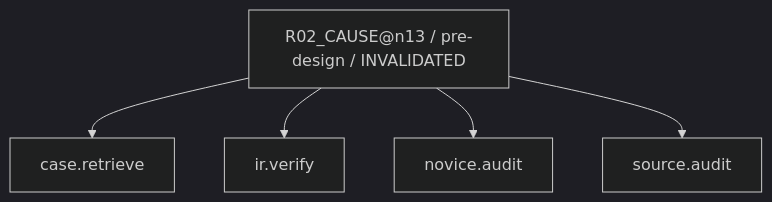
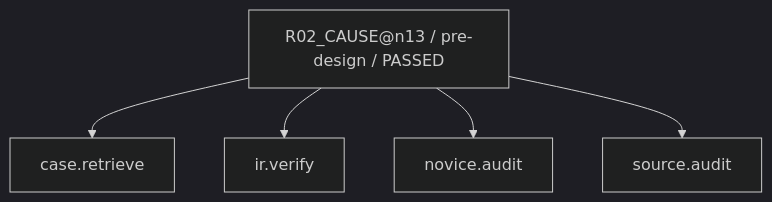
Before and after one commit to rrikunagasige-dot/kyotsu-step-web: the second of 28 diagrams in work/items/W-MATH-048-n1314-source-audit/generated/CAPABILITY_FIRE_DIAGRAM.md, drawn with Mermaid (dark theme). The commit also changed other lines of this file and 34 other files, not shown here.

````diff
--- a/work/items/W-MATH-048-n1314-source-audit/generated/CAPABILITY_FIRE_DIAGRAM.md
+++ b/work/items/W-MATH-048-n1314-source-audit/generated/CAPABILITY_FIRE_DIAGRAM.md
@@ -24,12 +24,12 @@
 ```mermaid
 flowchart TD
-  N0["R02_CAUSE@n13 / pre-design / INVALIDATED"]
+  N0["R02_CAUSE@n13 / pre-design / PASSED"]
   N1["case.retrieve"]
   N2["ir.verify"]
   N3["source.audit"]
   N4["novice.audit"]
   N0 --> N1
   N0 --> N2
   N0 --> N4
   N0 --> N3
 ```
````
